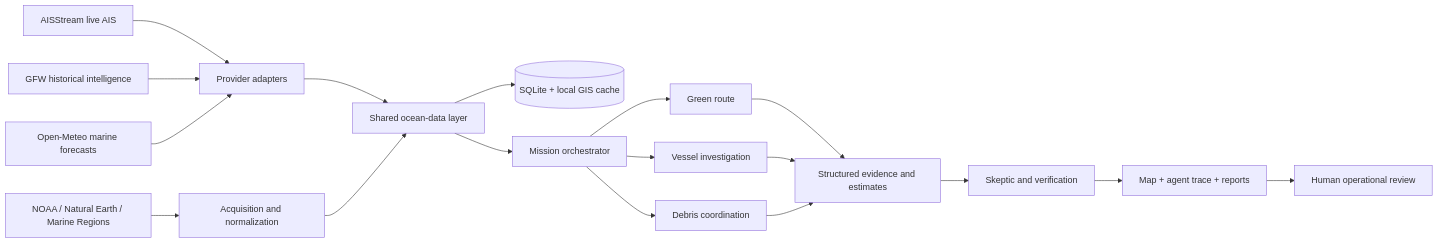
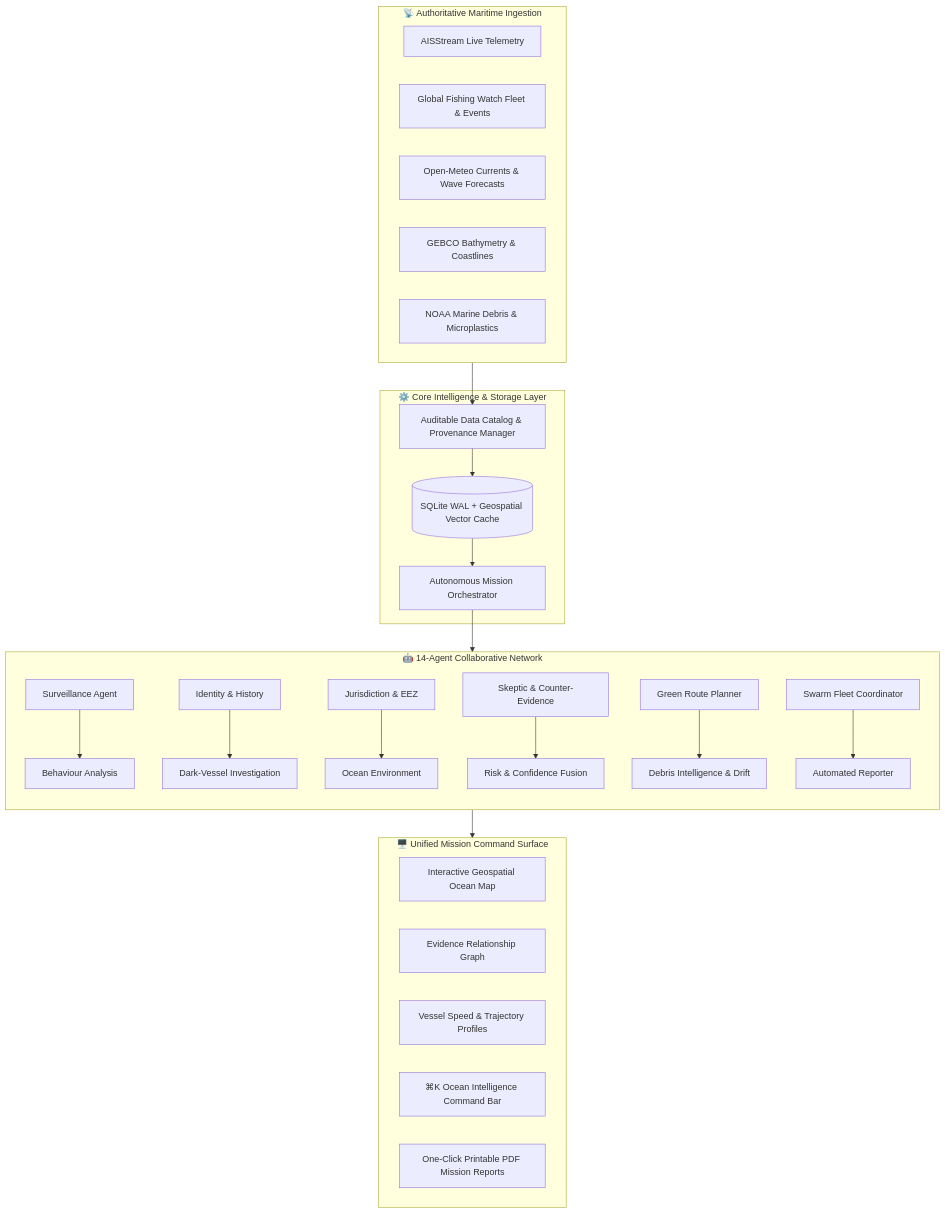
One commit to Siddhanthkjain2005/SAMUDRARAKSHAK changed the diagram in README.md. Above: the diagram before and after it, drawn with Mermaid. The commit also changed other lines of this file and 15 other files, not shown here.

````diff
--- a/README.md
+++ b/README.md
@@ -50,20 +42,39 @@
 ```mermaid
-flowchart LR
-  A[AISStream live AIS] --> P[Provider adapters]
-  B[GFW historical intelligence] --> P
-  C[Open-Meteo marine forecasts] --> P
-  D[NOAA / Natural Earth / Marine Regions] --> Q[Acquisition and normalization]
-  P --> S[Shared ocean-data layer]
-  Q --> S
-  S --> DB[(SQLite + local GIS cache)]
-  S --> O[Mission orchestrator]
-  O --> R[Green route]
-  O --> V[Vessel investigation]
-  O --> W[Debris coordination]
-  R --> E[Structured evidence and estimates]
-  V --> E
-  W --> E
-  E --> K[Skeptic and verification]
-  K --> U[Map + agent trace + reports]
-  U --> H[Human operational review]
+flowchart TD
+  subgraph Data_Acquisition ["📡 Authoritative Maritime Ingestion"]
+    AIS[AISStream Live Telemetry]
+    GFW[Global Fishing Watch Fleet & Events]
+    MET[Open-Meteo Currents & Wave Forecasts]
+    BATH[GEBCO Bathymetry & Coastlines]
+    NOAA[NOAA Marine Debris & Microplastics]
+  end
+
+  subgraph Core_Engine ["⚙️ Core Intelligence & Storage Layer"]
+    DB[(SQLite WAL + Geospatial Vector Cache)]
+    ORCH[Autonomous Mission Orchestrator]
+    CATALOG[Auditable Data Catalog & Provenance Manager]
+  end
+
+  subgraph Multi_Agent_System ["🤖 14-Agent Collaborative Network"]
+    direction TB
+    A1[Surveillance Agent] --> A2[Behaviour Analysis]
+    A3[Identity & History] --> A4[Dark-Vessel Investigation]
+    A5[Jurisdiction & EEZ] --> A6[Ocean Environment]
+    A7[Skeptic & Counter-Evidence] --> A8[Risk & Confidence Fusion]
+    A9[Green Route Planner] --> A10[Debris Intelligence & Drift]
+    A11[Swarm Fleet Coordinator] --> A12[Automated Reporter]
+  end
+
+  subgraph Operational_Surface ["🖥️ Unified Mission Command Surface"]
+    MAP[Interactive Geospatial Ocean Map]
+    GRAPH[Evidence Relationship Graph]
+    TELEMETRY[Vessel Speed & Trajectory Profiles]
+    CMD[⌘K Ocean Intelligence Command Bar]
+    REPORTS[One-Click Printable PDF Mission Reports]
+  end
+
+  Data_Acquisition --> CATALOG --> DB
+  DB --> ORCH
+  ORCH --> Multi_Agent_System
+  Multi_Agent_System --> Operational_Surface
 ```
````
